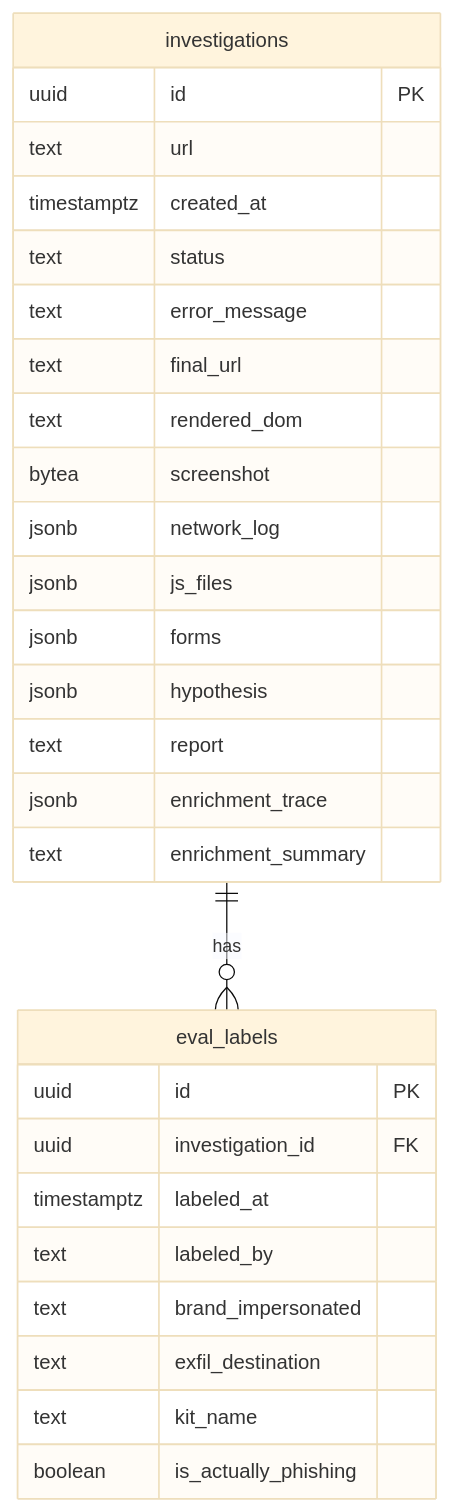
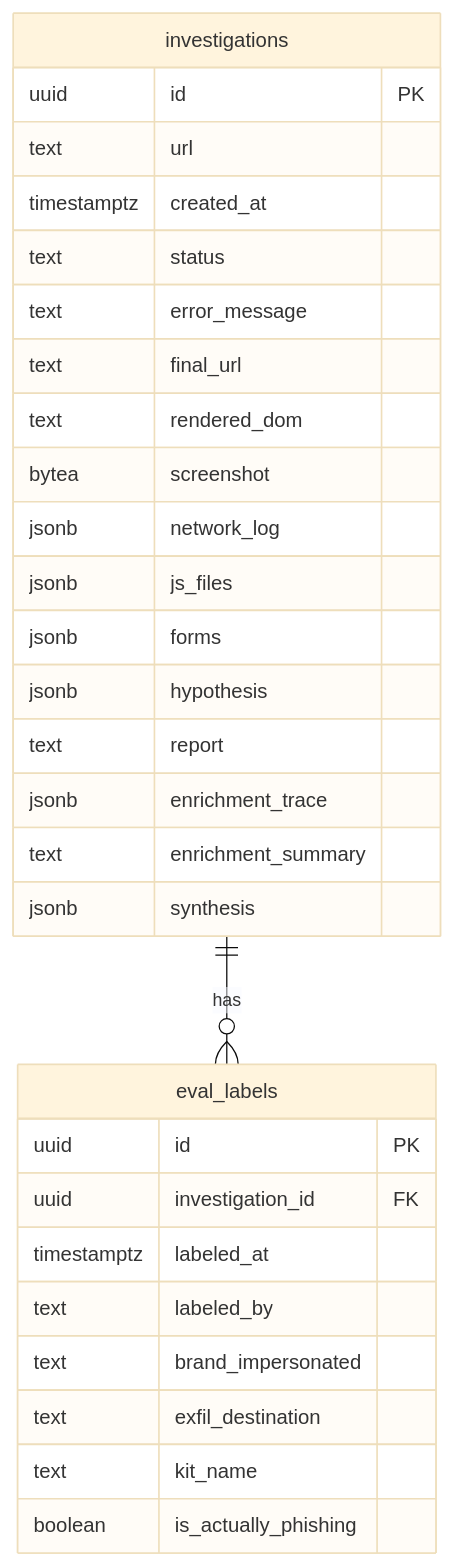
Before and after one commit to Aslanchik/go-phish: the first of 2 diagrams in docs/data-model.md, drawn with Mermaid (base theme). The commit also changed other lines of this file and 4 other files, not shown here.

````diff
--- a/docs/data-model.md
+++ b/docs/data-model.md
@@ -5,33 +5,34 @@
 ```mermaid
 erDiagram
     investigations {
         uuid    id              PK
         text    url
         timestamptz created_at
         text    status
         text    error_message
         text    final_url
         text    rendered_dom
         bytea   screenshot
         jsonb   network_log
         jsonb   js_files
         jsonb   forms
         jsonb   hypothesis
         text    report
         jsonb   enrichment_trace
         text    enrichment_summary
+        jsonb   synthesis
     }
 
     eval_labels {
         uuid    id              PK
         uuid    investigation_id FK
         timestamptz labeled_at
         text    labeled_by
         text    brand_impersonated
         text    exfil_destination
         text    kit_name
         boolean is_actually_phishing
     }
 
     investigations ||--o{ eval_labels : "has"
 ```
````
